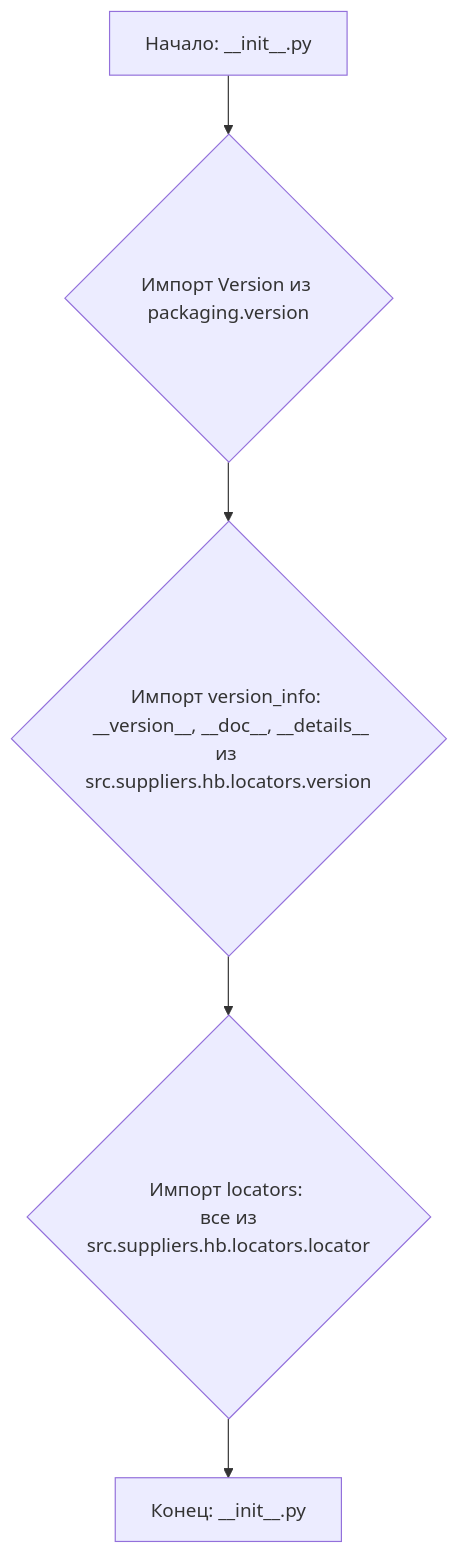
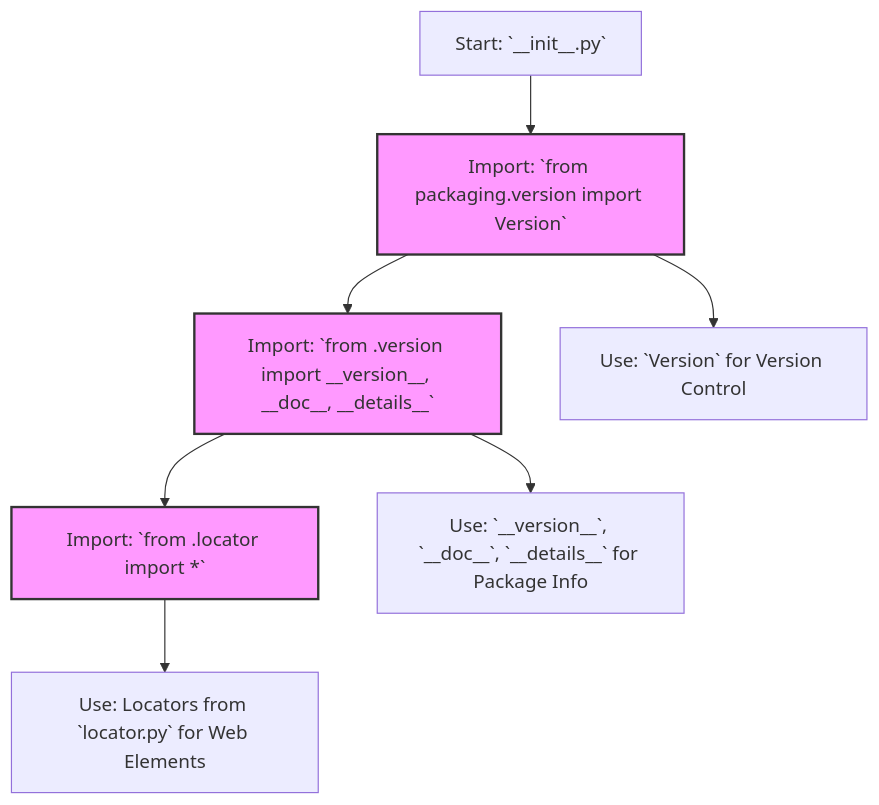
One commit to hypo69/hypo changed the diagram in docs/gemini/ru/explainer/src/suppliers/hb/locators/__init__.py.md. Above: the diagram before and after it, drawn with Mermaid. The commit also changed other lines of this file and 1505 other files, not shown here.

````diff
--- a/docs/gemini/ru/explainer/src/suppliers/hb/locators/__init__.py.md
+++ b/docs/gemini/ru/explainer/src/suppliers/hb/locators/__init__.py.md
@@ -22,7 +19,14 @@
 ```mermaid
 flowchart TD
-    A[Начало: __init__.py] --> B{Импорт Version из packaging.version}
-    B --> C{Импорт version_info: <br> __version__, __doc__, __details__<br>из src.suppliers.hb.locators.version}
-    C --> D{Импорт locators: <br> все из src.suppliers.hb.locators.locator}
-    D --> E[Конец: __init__.py]
+    Start[Start: `__init__.py`] --> ImportVersion[Import: `from packaging.version import Version`]
+    ImportVersion --> ImportFromPackage[Import: `from .version import __version__, __doc__, __details__`]
+    ImportFromPackage --> ImportAllFromLocator[Import: `from .locator import *`]
+   
+    ImportVersion --> UseVersion[Use: `Version` for Version Control]
+    ImportFromPackage --> UsePackageInfo[Use: `__version__`, `__doc__`, `__details__` for Package Info]
+    ImportAllFromLocator --> UseLocators[Use: Locators from `locator.py` for Web Elements]
+
+
+    classDef importClass fill:#f9f,stroke:#333,stroke-width:2px
+    class ImportVersion,ImportFromPackage,ImportAllFromLocator importClass
 ```
````
